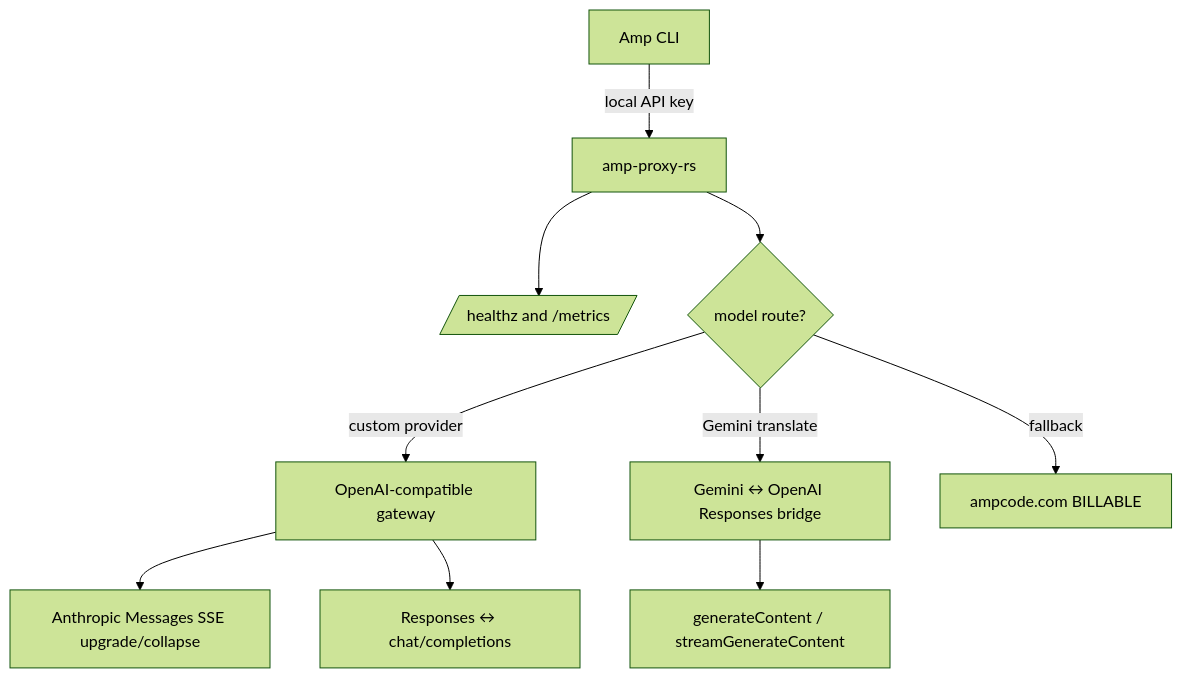
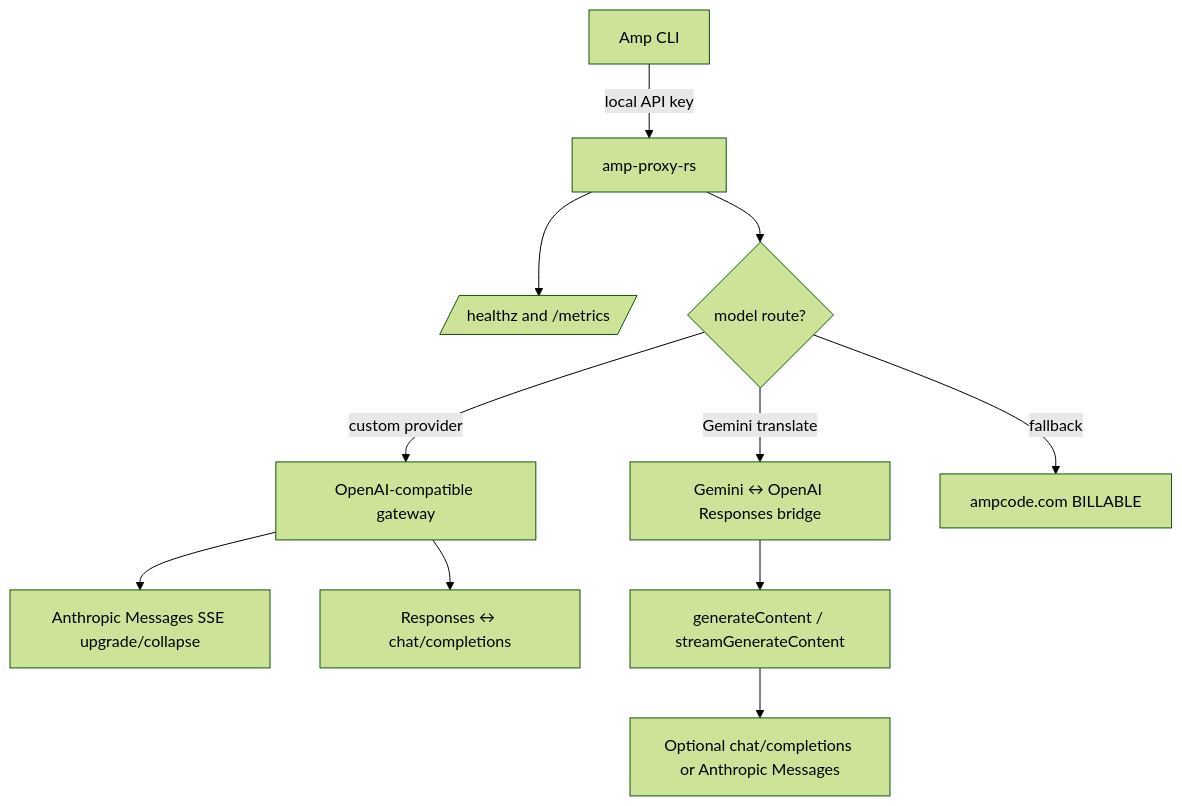
Before and after one commit to margbug01/amp-proxy-rs: the diagram in README.en.md, drawn with Mermaid (forest theme). The commit also changed other lines of this file and 12 other files, not shown here.

````diff
--- a/README.en.md
+++ b/README.en.md
@@ -69,12 +69,13 @@
 ```mermaid
 flowchart TD
     A[Amp CLI] -->|local API key| P[amp-proxy-rs]
     P --> H[/healthz and /metrics/]
     P --> R{model route?}
     R -->|custom provider| C[OpenAI-compatible gateway]
     R -->|Gemini translate| G[Gemini ↔ OpenAI Responses bridge]
     R -->|fallback| B[ampcode.com BILLABLE]
     C --> T1[Anthropic Messages SSE upgrade/collapse]
     C --> T2[Responses ↔ chat/completions]
     G --> T3[generateContent / streamGenerateContent]
+    T3 --> T4[Optional chat/completions or Anthropic Messages]
 ```
````
